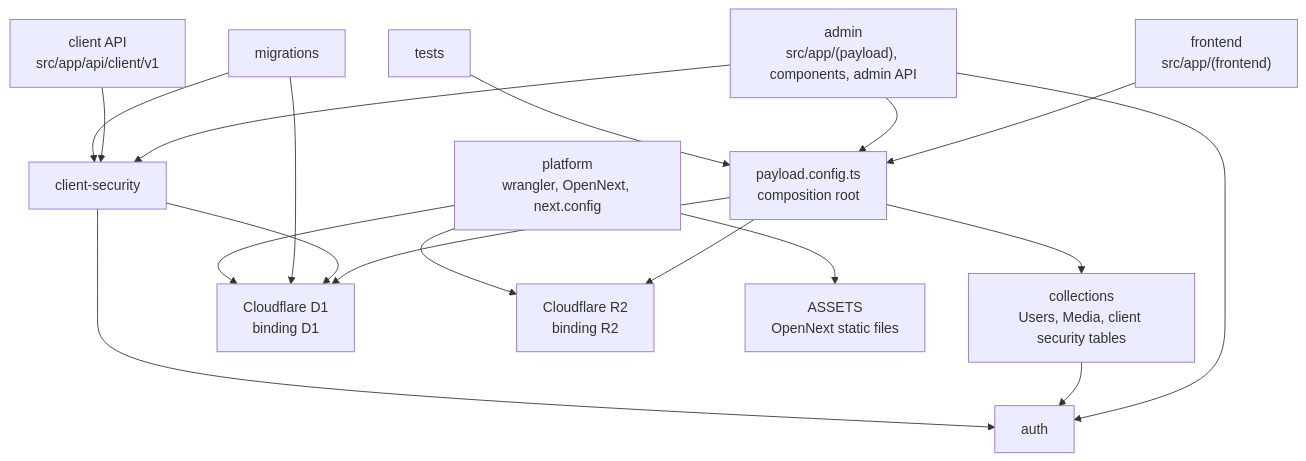
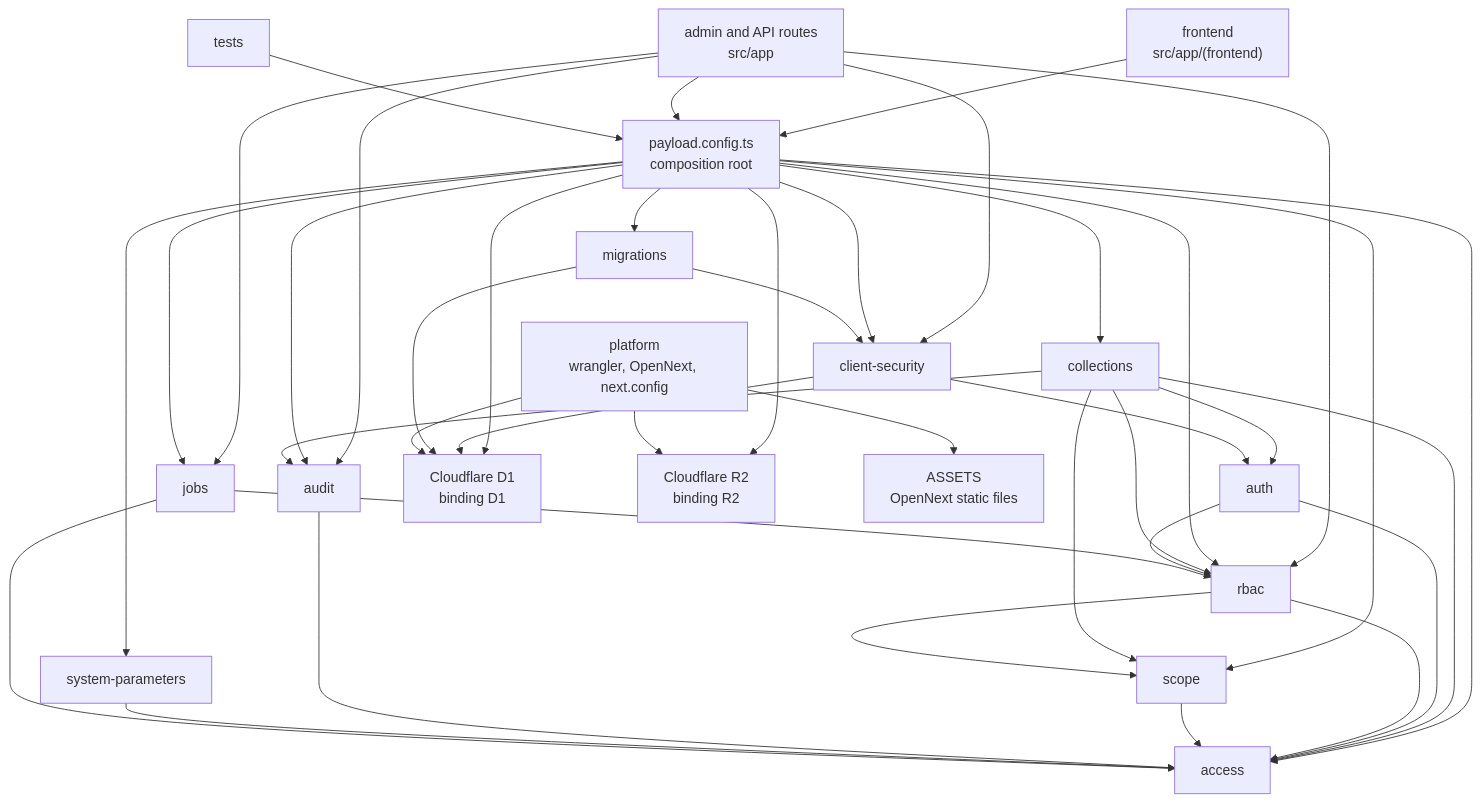
One commit to AIKitLLC/cloudflare-admin-template changed the diagram in docs/ARCHITECTURE.md. Above: the diagram before and after it, drawn with Mermaid. The commit also changed other lines of this file and 123 other files, not shown here.

````diff
--- a/docs/ARCHITECTURE.md
+++ b/docs/ARCHITECTURE.md
@@ -58,34 +72,61 @@
 ```mermaid
 flowchart TD
   frontend["frontend<br/>src/app/(frontend)"]
-  admin["admin<br/>src/app/(payload), components, admin API"]
-  client["client API<br/>src/app/api/client/v1"]
+  admin["admin and API routes<br/>src/app"]
   tests["tests"]
   config["payload.config.ts<br/>composition root"]
-  collections["collections<br/>Users, Media, client security tables"]
+  collections["collections"]
   security["client-security"]
   auth["auth"]
+  rbac["rbac"]
+  scope["scope"]
+  access["access"]
+  audit["audit"]
+  params["system-parameters"]
+  jobs["jobs"]
   migrations["migrations"]
   platform["platform<br/>wrangler, OpenNext, next.config"]
   d1["Cloudflare D1<br/>binding D1"]
   r2["Cloudflare R2<br/>binding R2"]
   assets["ASSETS<br/>OpenNext static files"]
 
   frontend --> config
   admin --> config
   admin --> security
-  admin --> auth
-  client --> security
+  admin --> jobs
+  admin --> rbac
+  admin --> audit
   tests --> config
   config --> collections
+  config --> access
+  config --> audit
+  config --> rbac
+  config --> scope
+  config --> migrations
+  config --> security
+  config --> jobs
+  config --> params
   config --> d1
   config --> r2
+  collections --> access
+  collections --> audit
   collections --> auth
+  collections --> rbac
+  collections --> scope
   security --> auth
   security --> d1
+  auth --> rbac
+  auth --> access
+  rbac --> scope
+  rbac --> access
+  scope --> access
+  audit --> access
+  params --> access
+  jobs --> access
+  jobs --> rbac
   migrations --> security
   migrations --> d1
   platform --> d1
   platform --> r2
   platform --> assets
 ```
````
